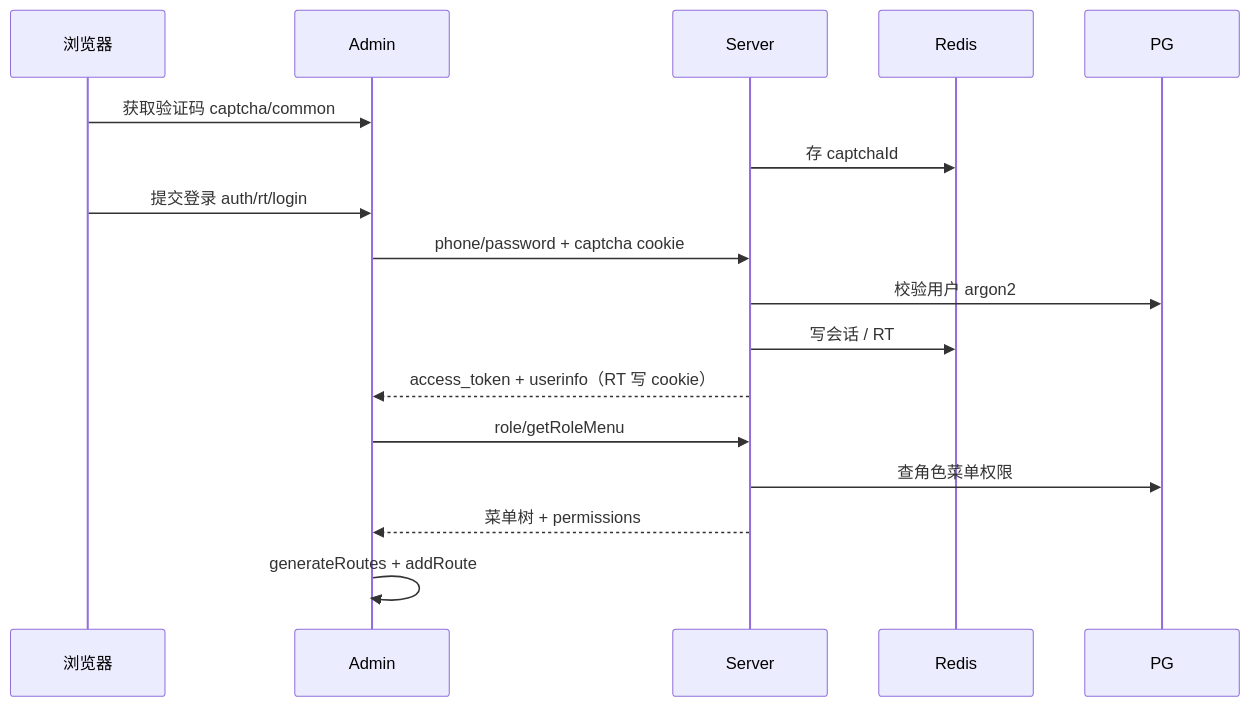
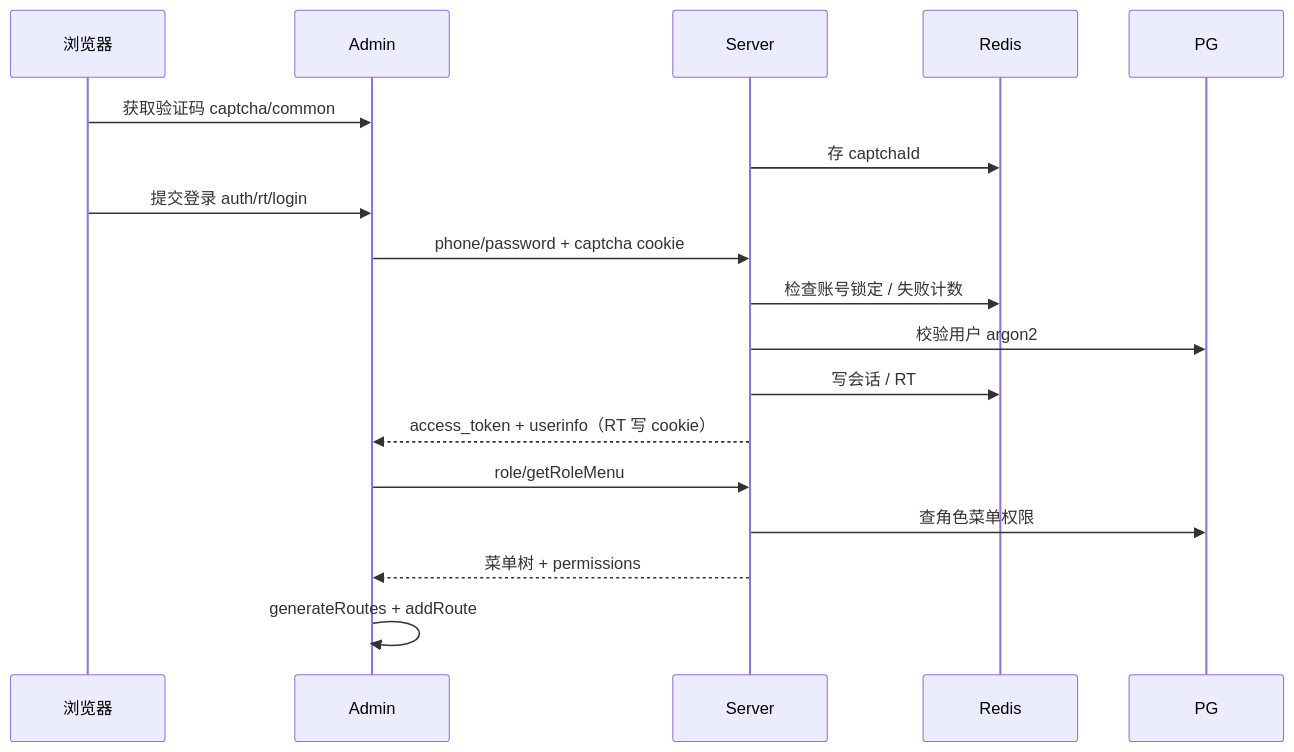
One commit to xzz2021/admin changed the first of 2 diagrams in docs/architecture/data-flow.md. Above: the diagram before and after it, drawn with Mermaid. The commit also changed 9 other files, not shown here.

````diff
--- a/docs/architecture/data-flow.md
+++ b/docs/architecture/data-flow.md
@@ -5,20 +5,21 @@
 ```mermaid
 sequenceDiagram
   participant B as 浏览器
   participant A as Admin
   participant S as Server
   participant R as Redis
   participant P as PG
 
   B->>A: 获取验证码 captcha/common
   S->>R: 存 captchaId
   B->>A: 提交登录 auth/rt/login
   A->>S: phone/password + captcha cookie
+  S->>R: 检查账号锁定 / 失败计数
   S->>P: 校验用户 argon2
   S->>R: 写会话 / RT
   S-->>A: access_token + userinfo（RT 写 cookie）
   A->>S: role/getRoleMenu
   S->>P: 查角色菜单权限
   S-->>A: 菜单树 + permissions
   A->>A: generateRoutes + addRoute
 ```
````
